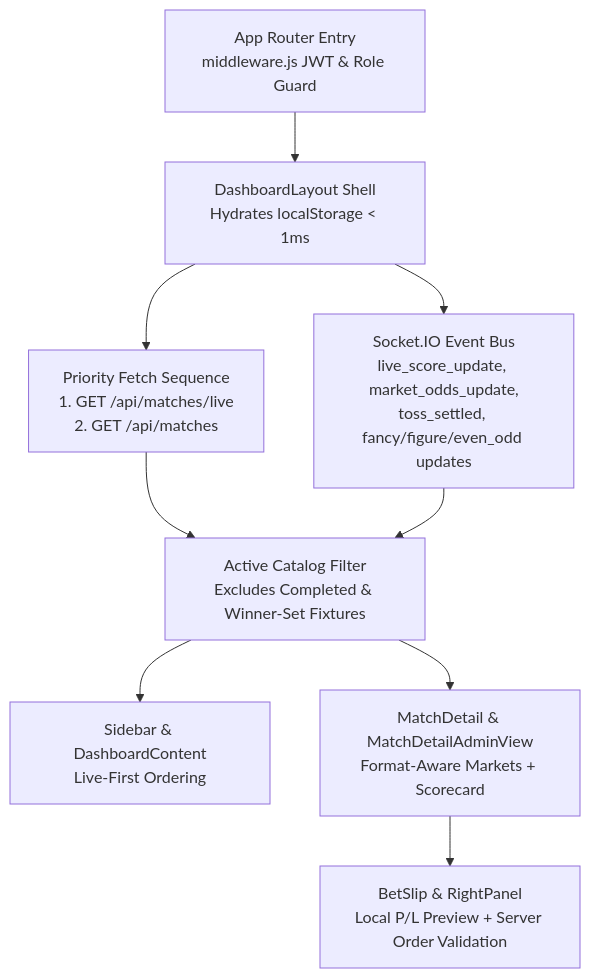
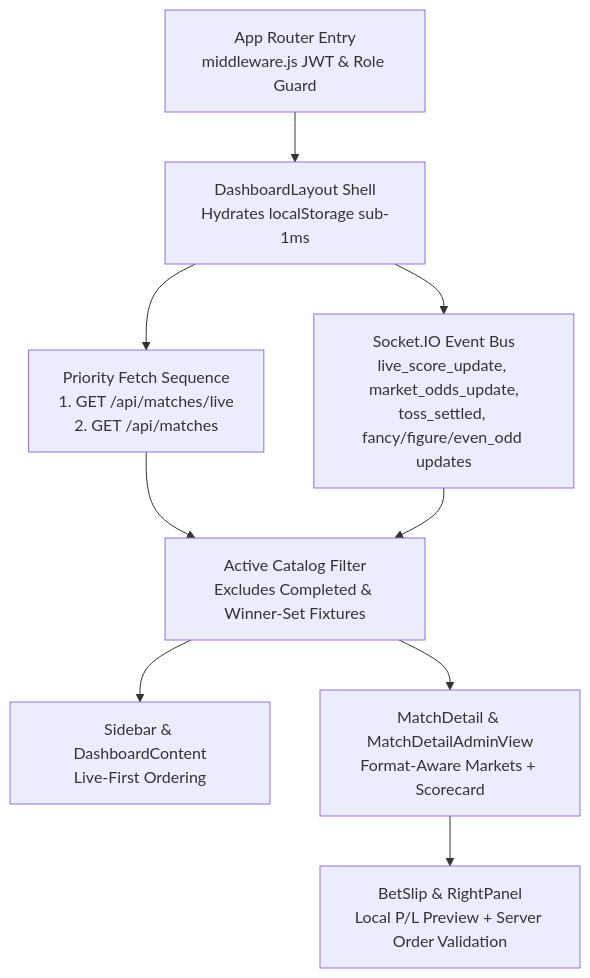
Before and after one commit to Innosphere5/betproexchange: the second of 2 diagrams in README.md, drawn with Mermaid.

Commit message:
Fix Mermaid label text in README

````diff
--- a/README.md
+++ b/README.md
@@ -75,11 +75,11 @@
 ```mermaid
 flowchart TD
-    Route["App Router Entry<br/>middleware.js JWT & Role Guard"] --> Shell["DashboardLayout Shell<br/>Hydrates localStorage < 1ms"]
+    Route["App Router Entry<br/>middleware.js JWT & Role Guard"] --> Shell["DashboardLayout Shell<br/>Hydrates localStorage sub-1ms"]
     Shell --> Poll["Priority Fetch Sequence<br/>1. GET /api/matches/live<br/>2. GET /api/matches"]
     Shell --> Stream["Socket.IO Event Bus<br/>live_score_update, market_odds_update,<br/>toss_settled, fancy/figure/even_odd updates"]
     Poll --> Filter["Active Catalog Filter<br/>Excludes Completed & Winner-Set Fixtures"]
     Stream --> Filter
     Filter --> Sidebar["Sidebar & DashboardContent<br/>Live-First Ordering"]
     Filter --> Detail["MatchDetail & MatchDetailAdminView<br/>Format-Aware Markets + Scorecard"]
     Detail --> Slip["BetSlip & RightPanel<br/>Local P/L Preview + Server Order Validation"]
 ```
````
